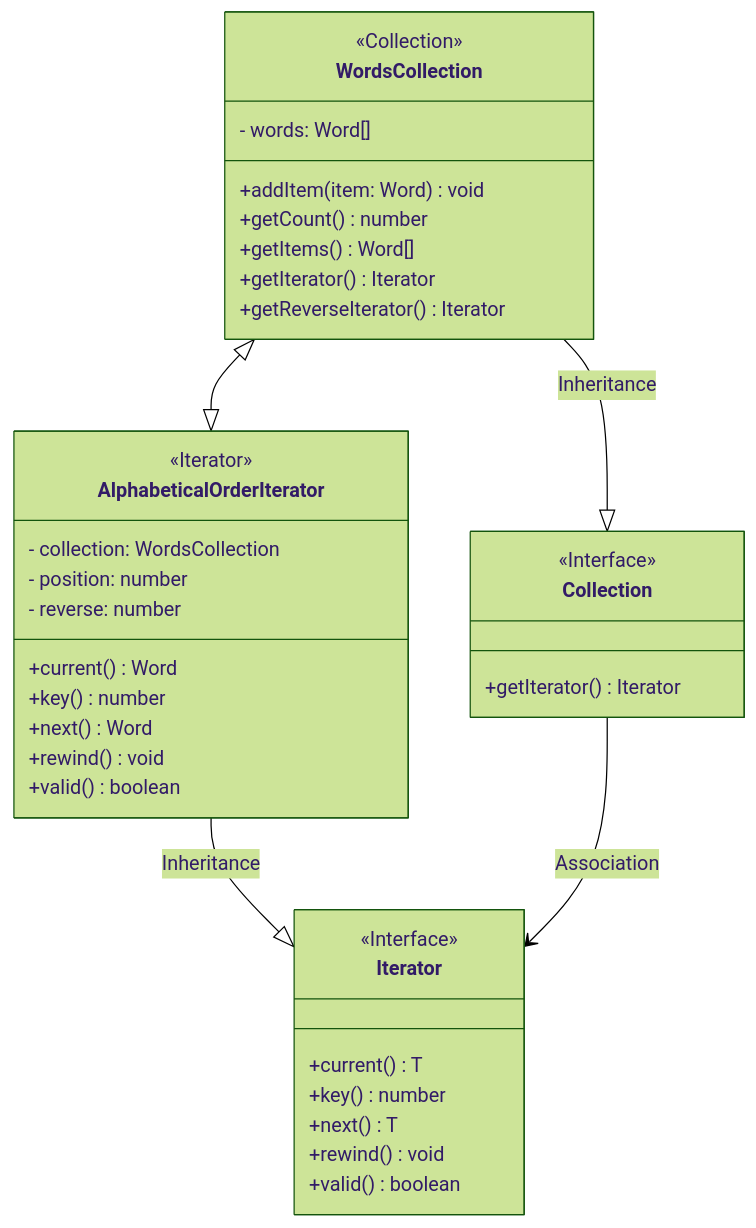
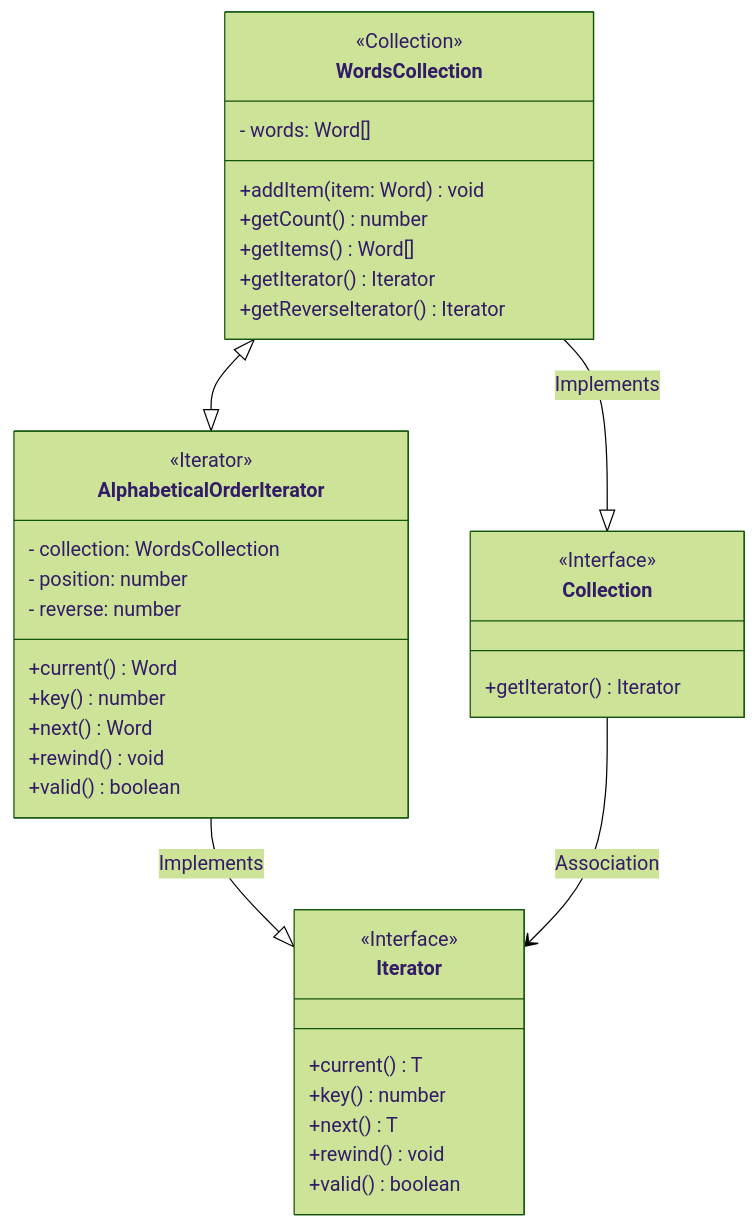
The diagram in patterns/behavioral/iterator.md (javierlopezdeancos/aprende-typescript), drawn with Mermaid (forest theme) before and after one commit. The commit also changed 2 other files, not shown here.

Commit message:
docs: add strategy structure

````diff
--- a/patterns/behavioral/iterator.md
+++ b/patterns/behavioral/iterator.md
@@ -39,45 +39,45 @@
 ```mermaid
 classDiagram
 direction TB
     class Collection {
      +getIterator() Iterator
     }
 
     class WordsCollection {
      - words: Word[]
      +addItem(item: Word) void
      +getCount() number
      +getItems() Word[]
      +getIterator() Iterator
      +getReverseIterator() Iterator
     }
 
     class Iterator {
      +current() T
      +key() number
      +next() T
      +rewind() void
      +valid() boolean
     }
 
     class AlphabeticalOrderIterator {
      - collection: WordsCollection
      - position: number
      - reverse: number
      +current() Word
      +key() number
      +next() Word
      +rewind() void
      +valid() boolean
     }
 
  <<Interface>> Collection
  <<Collection>> WordsCollection
  <<Interface>> Iterator
  <<Iterator>> AlphabeticalOrderIterator
 
-    AlphabeticalOrderIterator --|> Iterator : Inheritance
+    AlphabeticalOrderIterator --|> Iterator : Implements
     Collection --> Iterator : Association
     WordsCollection <|--|> AlphabeticalOrderIterator
-    WordsCollection --|> Collection : Inheritance
+    WordsCollection --|> Collection : Implements
 ```
````
